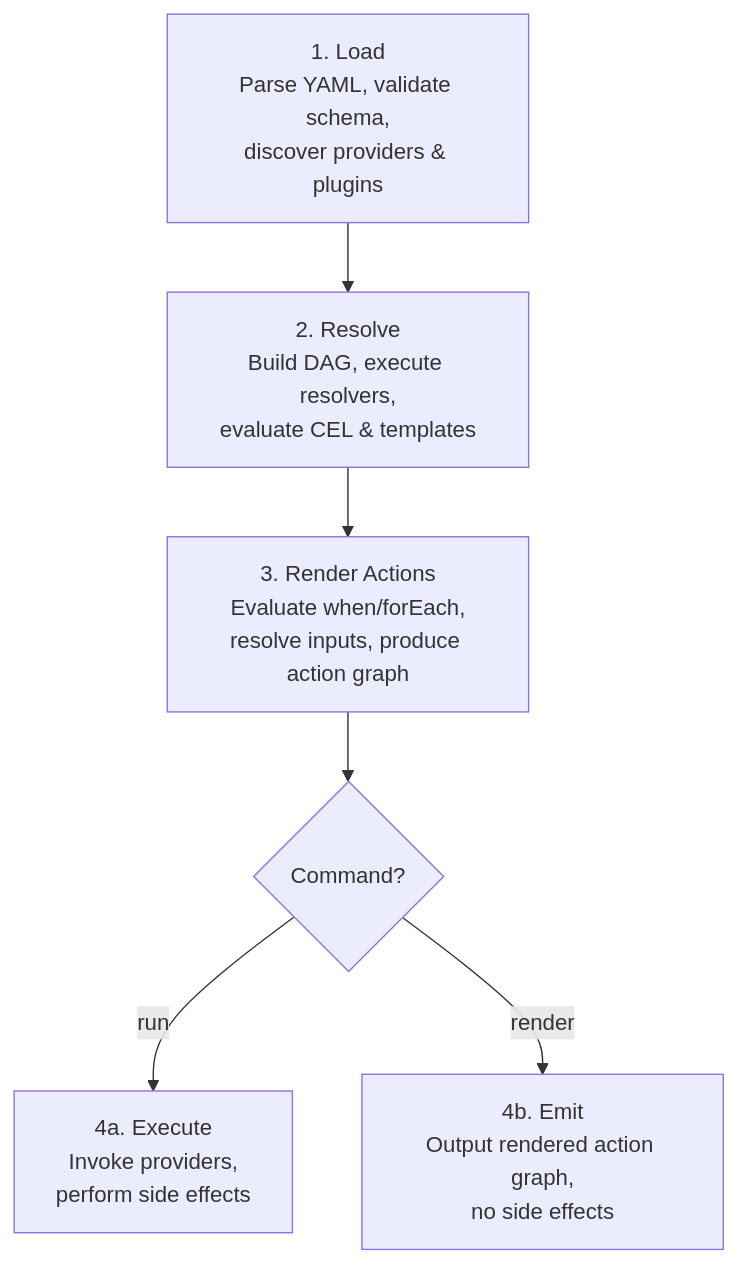
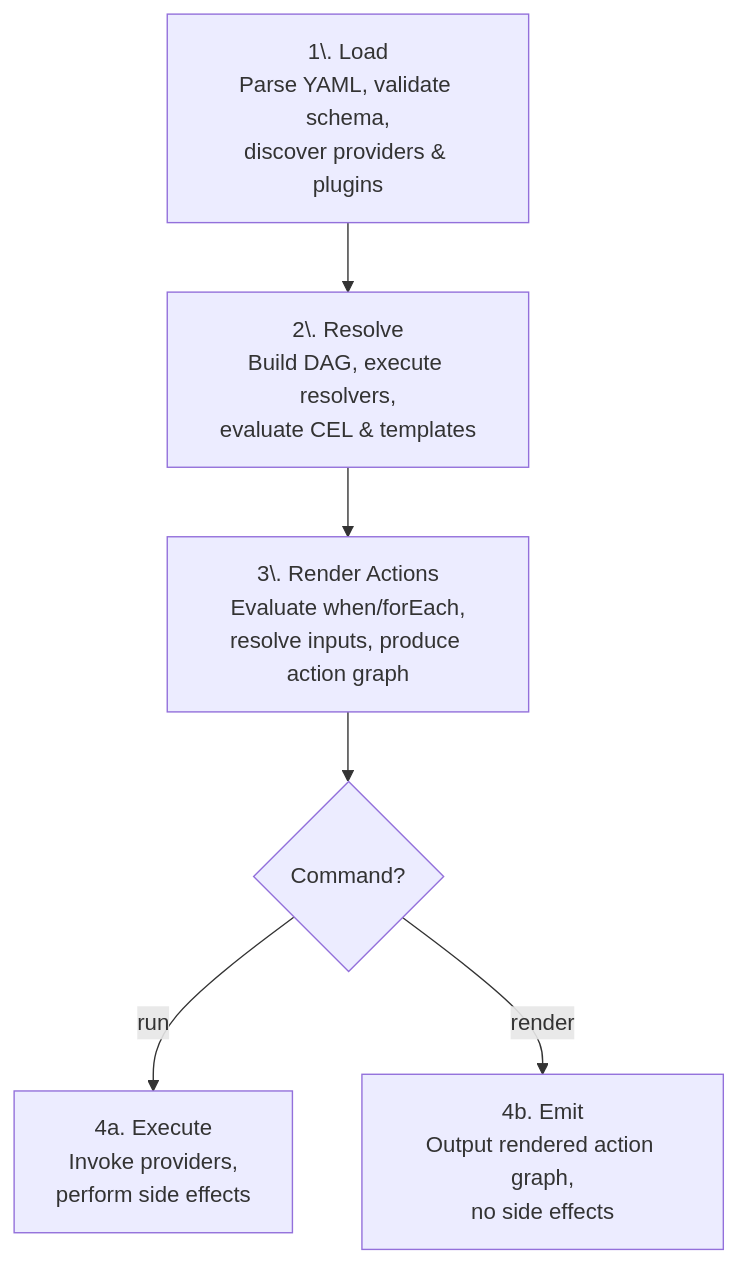
One commit to oakwood-commons/scafctl changed the diagram in docs/design/solutions.md. Above: the diagram before and after it, drawn with Mermaid. The commit also changed 7 other files, not shown here.

First line of the commit message:
docs: add multi-OS install tabs and fix Mermaid numbered node labels (#991)

```diff
--- a/docs/design/solutions.md
+++ b/docs/design/solutions.md
@@ -253,8 +253,8 @@
 {{< mermaid >}}
 flowchart TD
-    A["1. Load<br/>Parse YAML, validate schema,<br/>discover providers & plugins"] --> B["2. Resolve<br/>Build DAG, execute resolvers,<br/>evaluate CEL & templates"]
-    B --> C["3. Render Actions<br/>Evaluate when/forEach,<br/>resolve inputs, produce action graph"]
+    A["1\. Load<br/>Parse YAML, validate schema,<br/>discover providers & plugins"] --> B["2\. Resolve<br/>Build DAG, execute resolvers,<br/>evaluate CEL & templates"]
+    B --> C["3\. Render Actions<br/>Evaluate when/forEach,<br/>resolve inputs, produce action graph"]
     C --> D{Command?}
     D -->|run| E["4a. Execute<br/>Invoke providers,<br/>perform side effects"]
     D -->|render| F["4b. Emit<br/>Output rendered action graph,<br/>no side effects"]
 {{< /mermaid >}}
```
